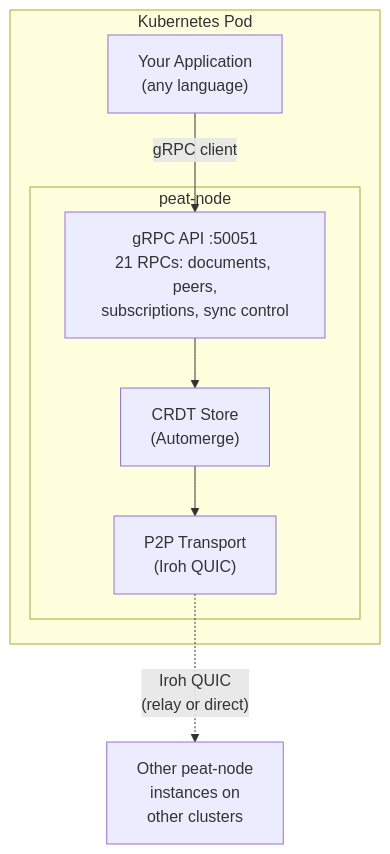
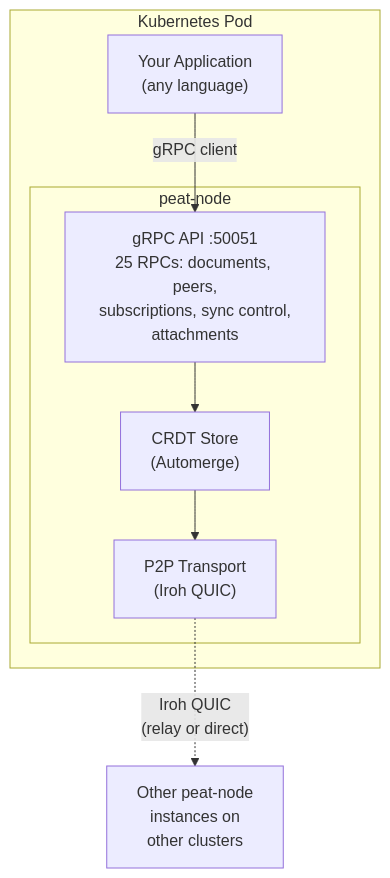
One commit to defenseunicorns/peat-node changed the first of 2 diagrams in README.md. Above: the diagram before and after it, drawn with Mermaid. The commit also changed other lines of this file and 5 other files, not shown here.

````diff
--- a/README.md
+++ b/README.md
@@ -13,14 +13,14 @@
 ```mermaid
 graph TB
     subgraph pod["Kubernetes Pod"]
         app["Your Application<br/>(any language)"]
         subgraph sidecar["peat-node"]
-            grpc["gRPC API :50051<br/>21 RPCs: documents, peers,<br/>subscriptions, sync control"]
+            grpc["gRPC API :50051<br/>25 RPCs: documents, peers,<br/>subscriptions, sync control,<br/>attachments"]
             crdt["CRDT Store<br/>(Automerge)"]
             transport["P2P Transport<br/>(Iroh QUIC)"]
             grpc --> crdt --> transport
         end
         app -- "gRPC client" --> grpc
     end
     transport -. "Iroh QUIC<br/>(relay or direct)" .-> other["Other peat-node<br/>instances on<br/>other clusters"]
 ```
````
